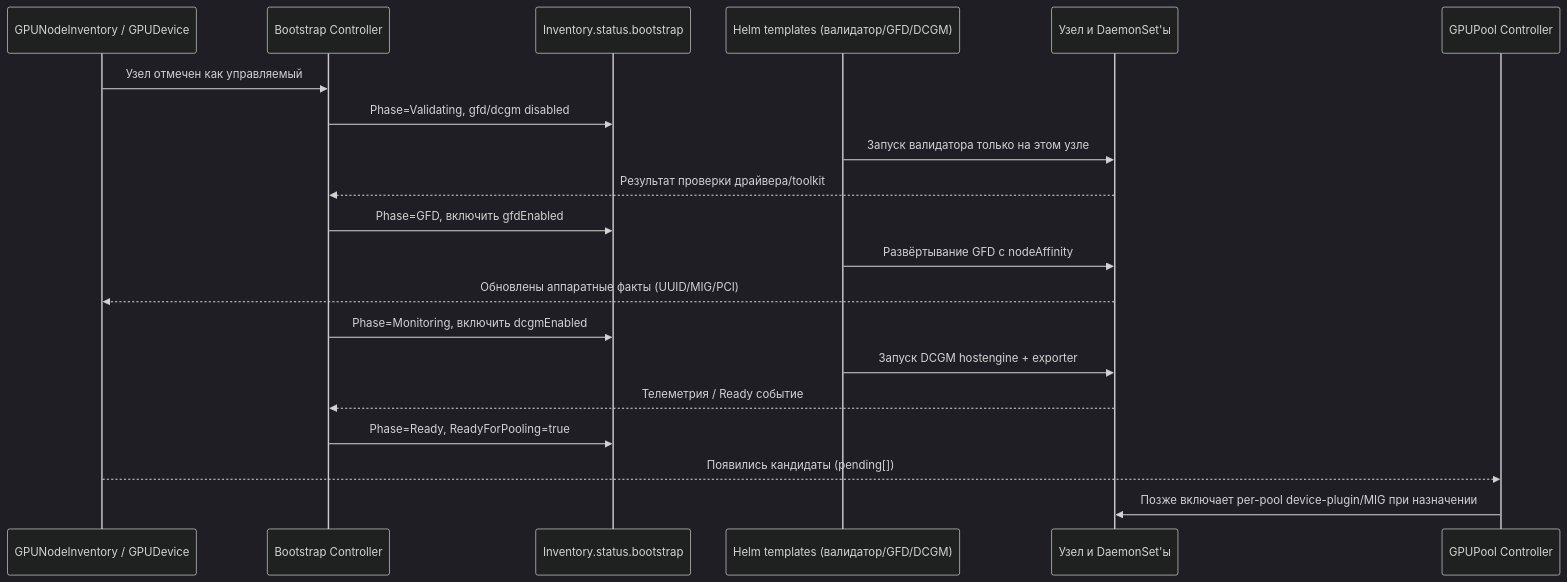
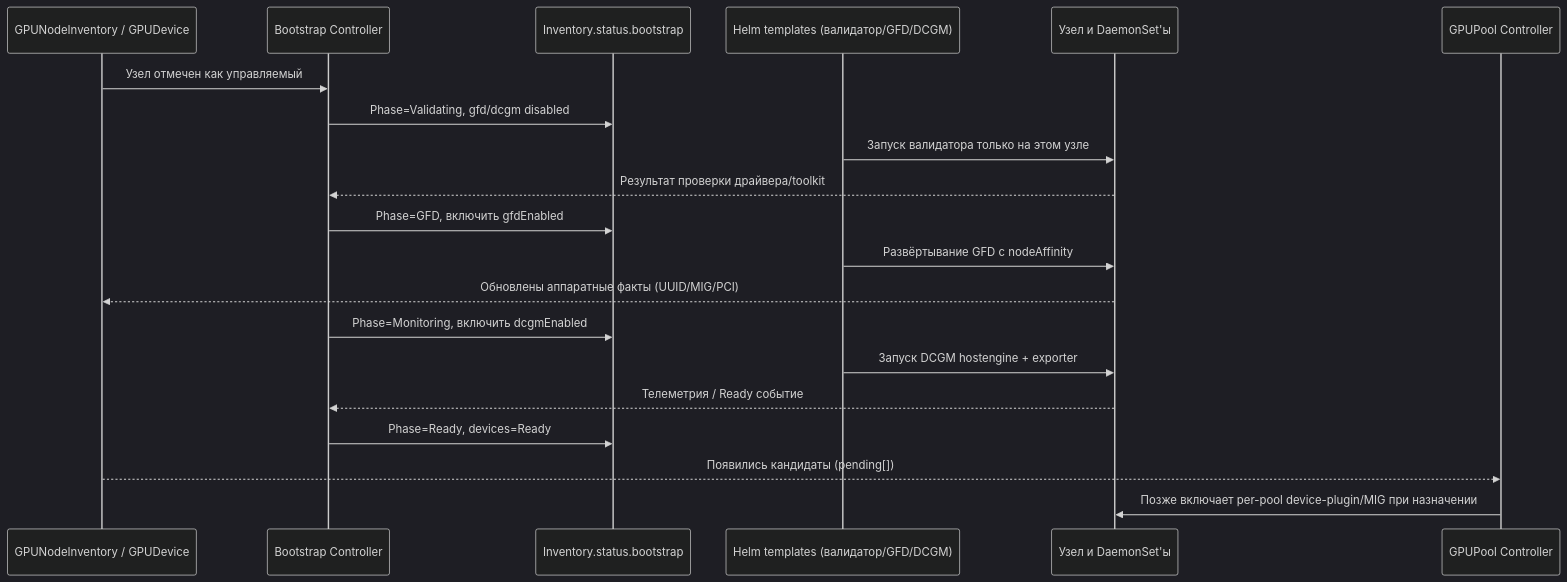
One commit to aleksandr-podmoskovniy/gpu-control-plane changed the third of 7 diagrams in docs/adr/ADR-gpu-control-plane.ru.md. Above: the diagram before and after it, drawn with Mermaid (dark theme). The commit also changed other lines of this file and 31 other files, not shown here.

````diff
--- a/docs/adr/ADR-gpu-control-plane.ru.md
+++ b/docs/adr/ADR-gpu-control-plane.ru.md
@@ -545,22 +583,22 @@
 ```mermaid
 sequenceDiagram
     participant Inv as GPUNodeInventory / GPUDevice
     participant Boot as Bootstrap Controller
     participant State as Inventory.status.bootstrap
     participant Helm as Helm templates (валидатор/GFD/DCGM)
     participant Node as Узел и DaemonSet'ы
     participant Pool as GPUPool Controller
     Inv->>Boot: Узел отмечен как управляемый
     Boot->>State: Phase=Validating, gfd/dcgm disabled
     Helm->>Node: Запуск валидатора только на этом узле
     Node-->>Boot: Результат проверки драйвера/toolkit
     Boot->>State: Phase=GFD, включить gfdEnabled
     Helm->>Node: Развёртывание GFD с nodeAffinity
     Node-->>Inv: Обновлены аппаратные факты (UUID/MIG/PCI)
     Boot->>State: Phase=Monitoring, включить dcgmEnabled
     Helm->>Node: Запуск DCGM hostengine + exporter
     Node-->>Boot: Телеметрия / Ready событие
-    Boot->>State: Phase=Ready, ReadyForPooling=true
+    Boot->>State: Phase=Ready, devices=Ready
     Inv-->>Pool: Появились кандидаты (pending[])
     Pool->>Node: Позже включает per-pool device-plugin/MIG при назначении
 ```
````
